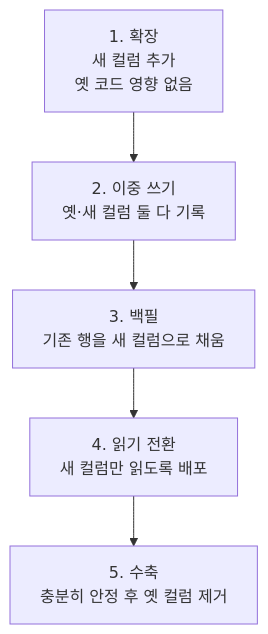
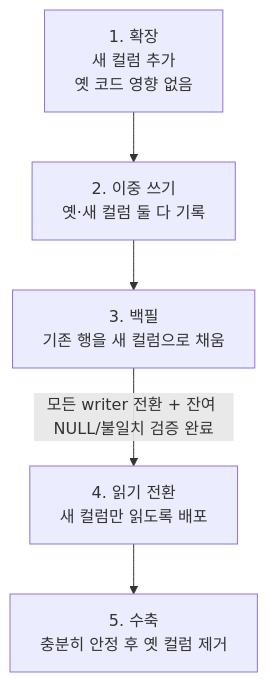
One commit to Rein-ArXiv/game-dev-curriculum changed the ninth of 11 diagrams in live_service/part01_patch.md. Above: the diagram before and after it, drawn with Mermaid. The commit also changed other lines of this file and 279 other files, not shown here.

````diff
--- a/live_service/part01_patch.md
+++ b/live_service/part01_patch.md
@@ -480,7 +497,7 @@
 ```mermaid
 flowchart TB
     E[1. 확장<br/>새 컬럼 추가<br/>옛 코드 영향 없음] --> M[2. 이중 쓰기<br/>옛·새 컬럼 둘 다 기록]
     M --> B[3. 백필<br/>기존 행을 새 컬럼으로 채움]
-    B --> R[4. 읽기 전환<br/>새 컬럼만 읽도록 배포]
+    B -->|모든 writer 전환 + 잔여 NULL/불일치 검증 완료| R[4. 읽기 전환<br/>새 컬럼만 읽도록 배포]
     R --> C[5. 수축<br/>충분히 안정 후 옛 컬럼 제거]
 ```
````
